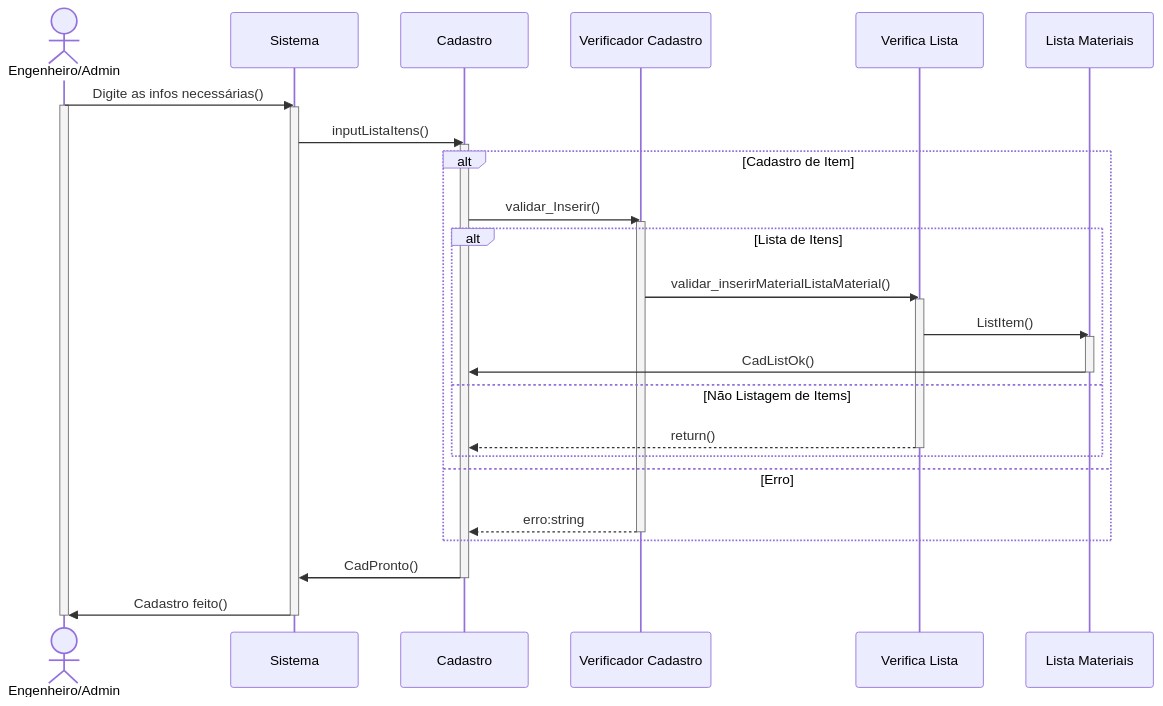
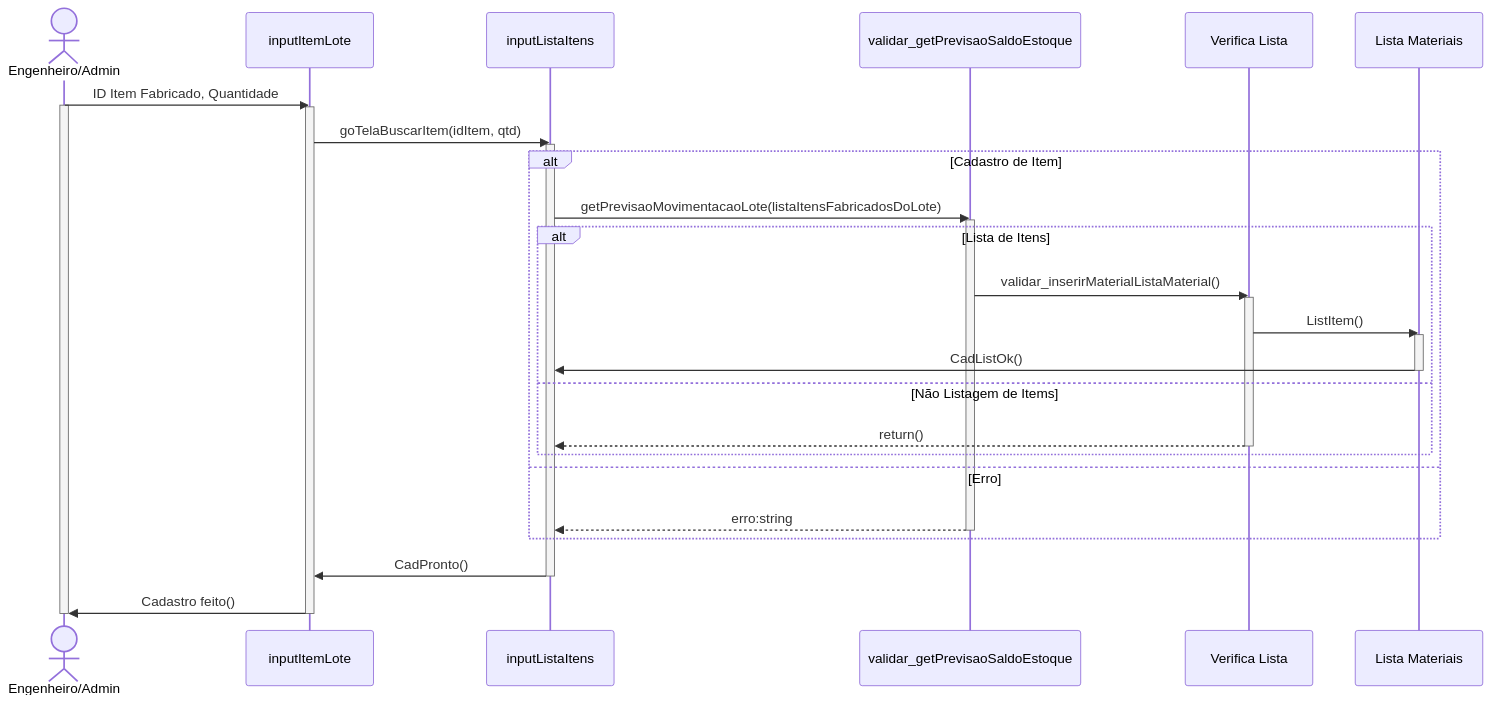
The diagram in DiagramaSequencia/Item/NovoItem.md (branqsMRP/SequenceDiagram), drawn with Mermaid before and after one commit.

Commit message:
Commit 2.3

````diff
--- a/DiagramaSequencia/Item/NovoItem.md
+++ b/DiagramaSequencia/Item/NovoItem.md
@@ -1,49 +1,49 @@
 ```mermaid
 sequenceDiagram 
     % diagrama da tela de novo Item
 
     actor Engenheiro/Admin
-    participant Sistema
-    participant C as Cadastro
-    participant VC as Verificador Cadastro
+    participant I as inputItemLote
+    participant C as inputListaItens
+    participant VC as validar_getPrevisaoSaldoEstoque
     participant VL as Verifica Lista
     participant LM as Lista Materiais
 
 
-    Engenheiro/Admin->>Sistema: Digite as infos necessárias()
+    Engenheiro/Admin->>I: ID Item Fabricado, Quantidade
     activate Engenheiro/Admin
-    activate Sistema
-    Sistema->>C: inputListaItens()
+    activate I
+    I->>C: goTelaBuscarItem(idItem, qtd)
     activate C
     % alterar essa parte pós desenvolvimento do diagrama de classes para colocar o comando padrão que aparece no diagrama.
 
     alt Cadastro de Item
-        C->>VC: validar_Inserir()
+        C->>VC: getPrevisaoMovimentacaoLote(listaItensFabricadosDoLote)
         % alterar essa parte pós desenvolvimento do diagrama de classes para colocar o comando padrão que aparece no diagrama.
         activate VC
             alt Lista de Itens
             VC->>VL: validar_inserirMaterialListaMaterial()
                     % alterar essa parte pós desenvolvimento do diagrama de classes para colocar o comando padrão que aparece no diagrama.
             activate VL
             VL->>LM: ListItem()
                     % alterar essa parte pós desenvolvimento do diagrama de classes para colocar o comando padrão que aparece no diagrama.
             activate LM
             LM->>C: CadListOk()
                     % alterar essa parte pós desenvolvimento do diagrama de classes para colocar o comando padrão que aparece no diagrama.
             deactivate LM
             else Não Listagem de Items
             VL-->>C: return()
             deactivate VL
             end
     else Erro
         VC-->>C: erro:string
         deactivate VC
     end
 
-    C->>Sistema: CadPronto()
+    C->>I: CadPronto()
     deactivate C
-    Sistema->>Engenheiro/Admin: Cadastro feito()
-    deactivate Sistema
+    I->>Engenheiro/Admin: Cadastro feito()
+    deactivate I
     deactivate Engenheiro/Admin
 
 ``` 
````
